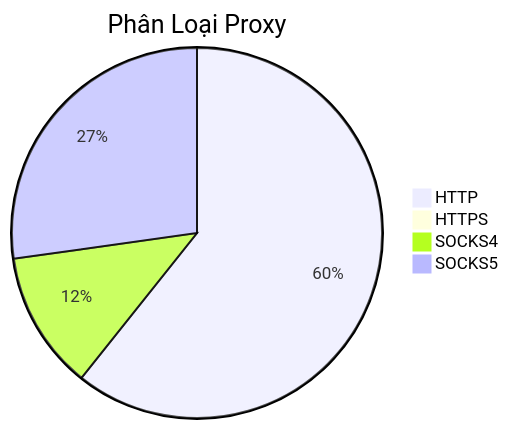
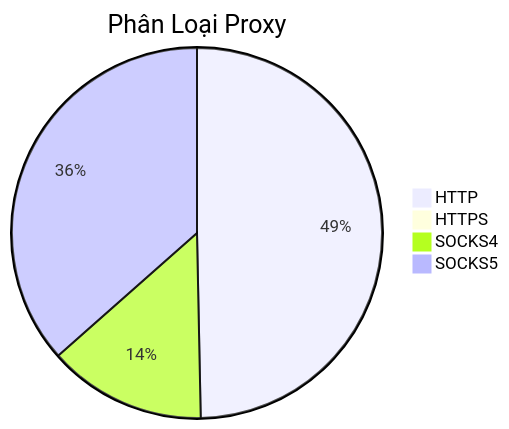
One commit to Ciara-Aa/PROXY-free changed the diagram in README.md. Above: the diagram before and after it, drawn with Mermaid. The commit also changed other lines of this file and 4 other files, not shown here.

````diff
--- a/README.md
+++ b/README.md
@@ -26,7 +26,7 @@
 ```mermaid
 pie title Phân Loại Proxy
-    "HTTP" : 513
-    "HTTPS" : 4
-    "SOCKS4" : 102
-    "SOCKS5" : 230
+    "HTTP" : 385
+    "HTTPS" : 6
+    "SOCKS4" : 107
+    "SOCKS5" : 283
 ```
````
